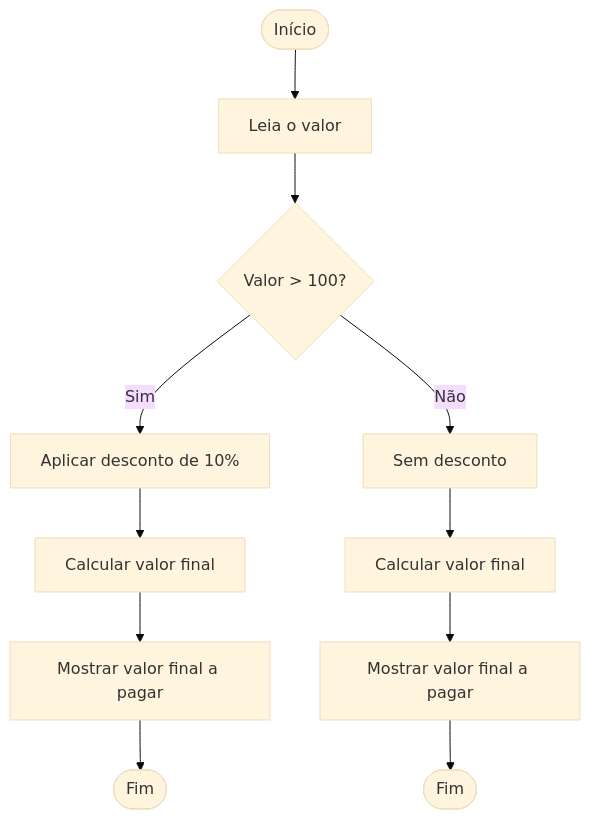
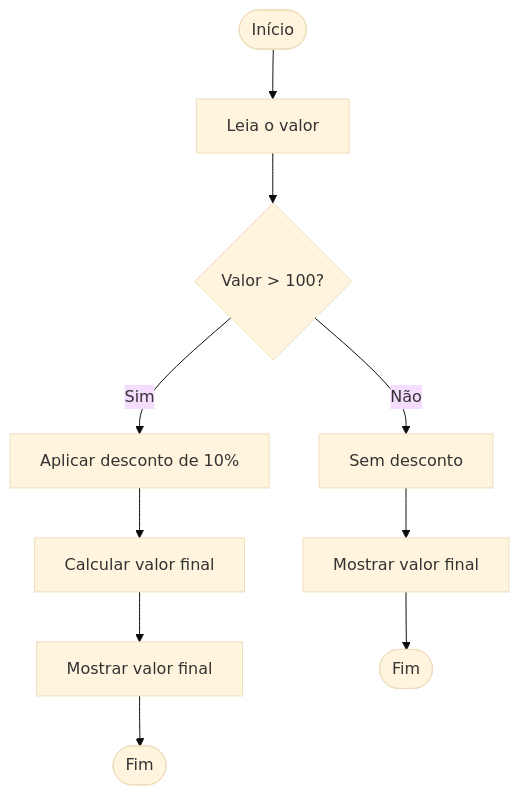
One commit to Saulog3/jornadadev changed the diagram in modulo-02/ex03-fluxograma-desconto.md. Above: the diagram before and after it, drawn with Mermaid (base theme).

Commit message:
refatorado ex 03 rev1

````diff
--- a/modulo-02/ex03-fluxograma-desconto.md
+++ b/modulo-02/ex03-fluxograma-desconto.md
@@ -1,13 +1,12 @@
 ```mermaid
 flowchart TD
     A([Início]) --> B[Leia o valor]
     B --> C{Valor > 100?}
     C -- Sim --> D[Aplicar desconto de 10%]
     D --> E[Calcular valor final]
-    E --> F[Mostrar valor final a pagar]
+    E --> F[Mostrar valor final]
     F --> G([Fim])
     C -- Não --> H[Sem desconto]
-    H --> I[Calcular valor final]
-    I --> J[Mostrar valor final a pagar]
+    H --> J[Mostrar valor final]
     J --> K([Fim])
 ```
````
